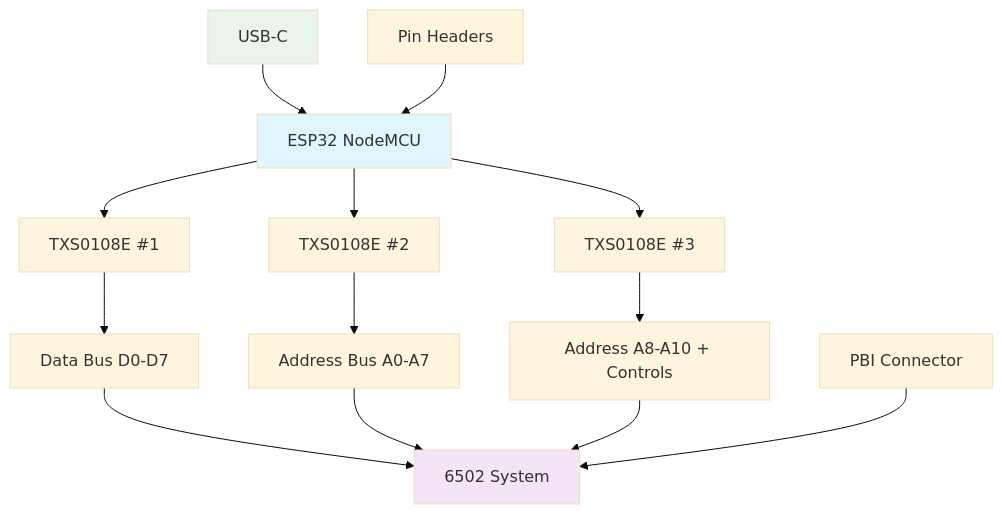
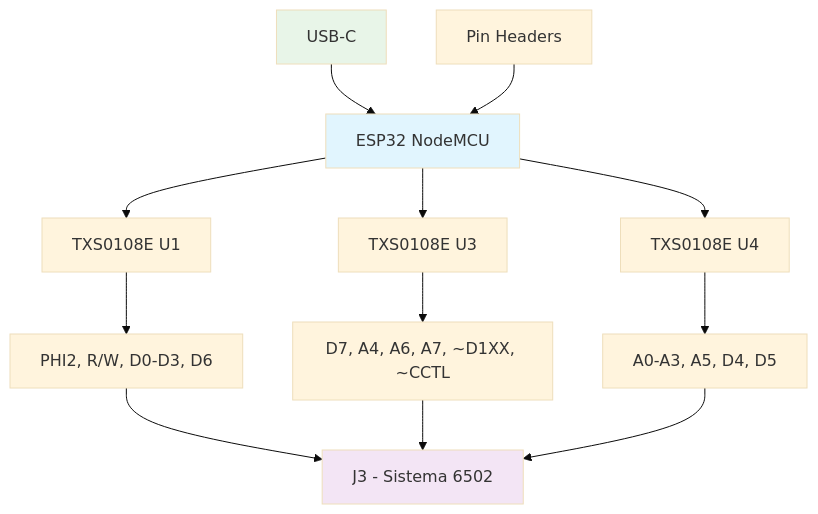
The first of 4 diagrams in README.md (gianlucarenzi/ESP32-BOBOARD-5V), drawn with Mermaid (base theme) before and after one commit. The commit also changed other lines of this file and 2 other files, not shown here.

````diff
--- a/README.md
+++ b/README.md
@@ -162,22 +161,21 @@
 ```mermaid
 flowchart TD
-    A[ESP32 NodeMCU] --> B[TXS0108E #1]
-    A --> C[TXS0108E #2] 
-    A --> D[TXS0108E #3]
-    
-    B --> E[Data Bus D0-D7]
-    C --> F[Address Bus A0-A7]
-    D --> G[Address A8-A10 + Controls]
-    
-    E --> H[6502 System]
+    A[ESP32 NodeMCU] --> B[TXS0108E U1]
+    A --> C[TXS0108E U3]
+    A --> D[TXS0108E U4]
+
+    B --> E[PHI2, R/W, D0-D3, D6]
+    C --> F[D7, A4, A6, A7, ~D1XX, ~CCTL]
+    D --> G[A0-A3, A5, D4, D5]
+
+    E --> H[J3 - Sistema 6502]
     F --> H
     G --> H
-    
+
     I[USB-C] --> A
     J[Pin Headers] --> A
-    K[PBI Connector] --> H
-    
+
     style A fill:#e1f5fe
     style H fill:#f3e5f5
     style I fill:#e8f5e8
 ```
````
